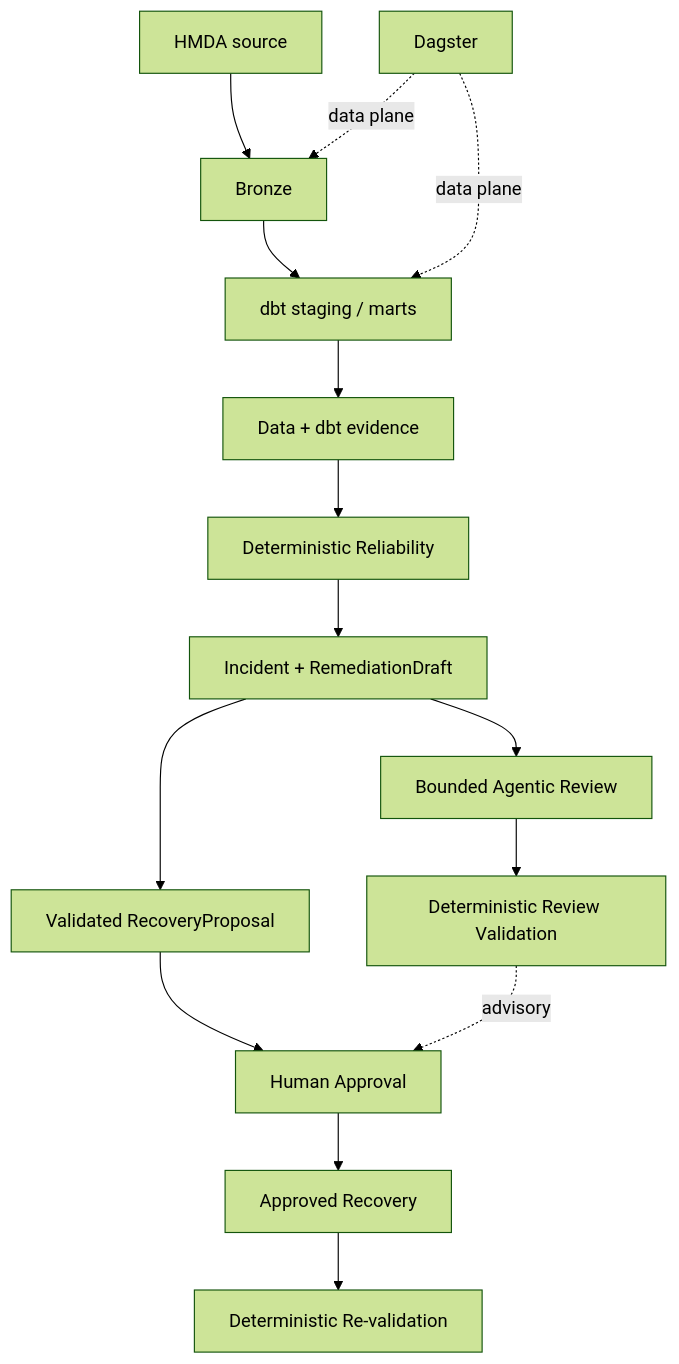
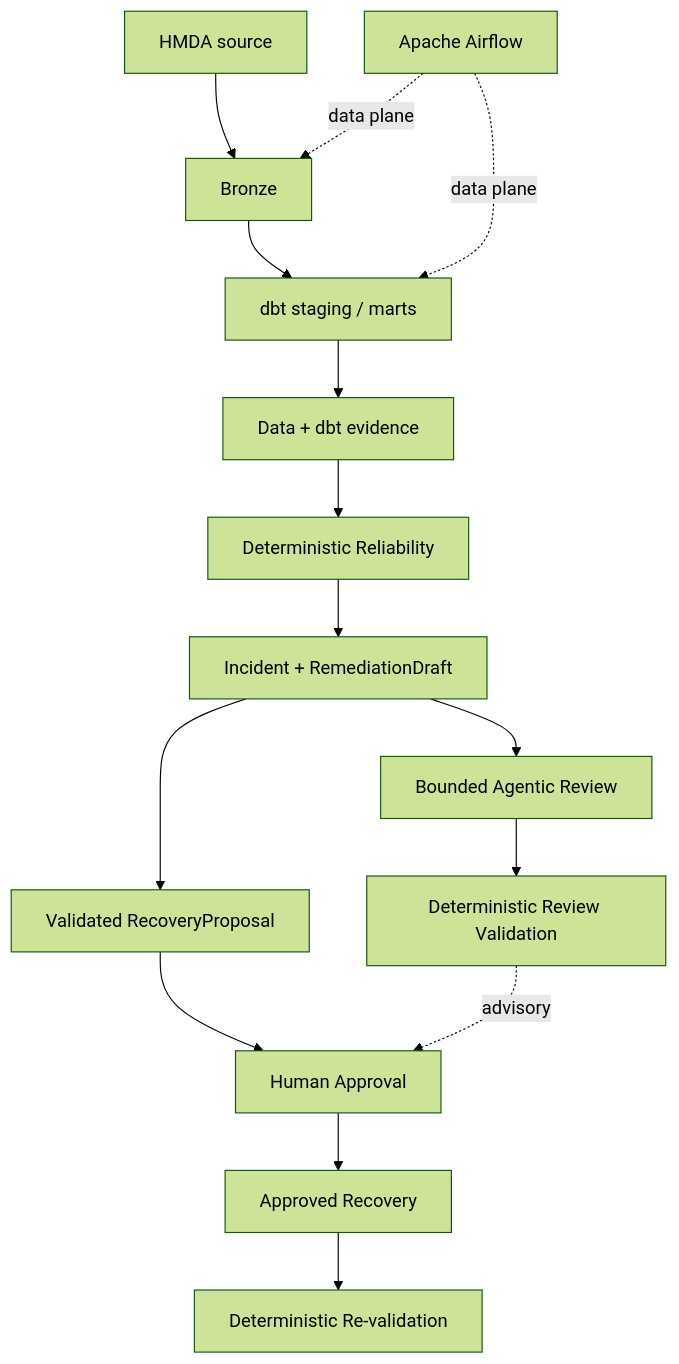
One commit to mols3131d/hmda-data-reliability changed the diagram in docs/mvp.md. Above: the diagram before and after it, drawn with Mermaid (forest theme). The commit also changed other lines of this file and 34 other files, not shown here.

````diff
--- a/docs/mvp.md
+++ b/docs/mvp.md
@@ -26,20 +26,20 @@
 ```mermaid
 flowchart TB
     source["HMDA source"] --> bronze["Bronze"]
     bronze --> analytical["dbt staging / marts"]
     analytical --> evidence["Data + dbt evidence"]
     evidence --> reliability["Deterministic Reliability"]
     reliability --> incident["Incident + RemediationDraft"]
 
     incident --> agent["Bounded Agentic Review"]
     agent --> guard["Deterministic Review Validation"]
 
     incident --> proposal["Validated RecoveryProposal"]
     proposal --> human["Human Approval"]
     guard -. advisory .-> human
     human --> recovery["Approved Recovery"]
     recovery --> verify["Deterministic Re-validation"]
 
-    dagster["Dagster"] -. data plane .-> bronze
-    dagster -. data plane .-> analytical
+    airflow["Apache Airflow"] -. data plane .-> bronze
+    airflow -. data plane .-> analytical
 ```
````
